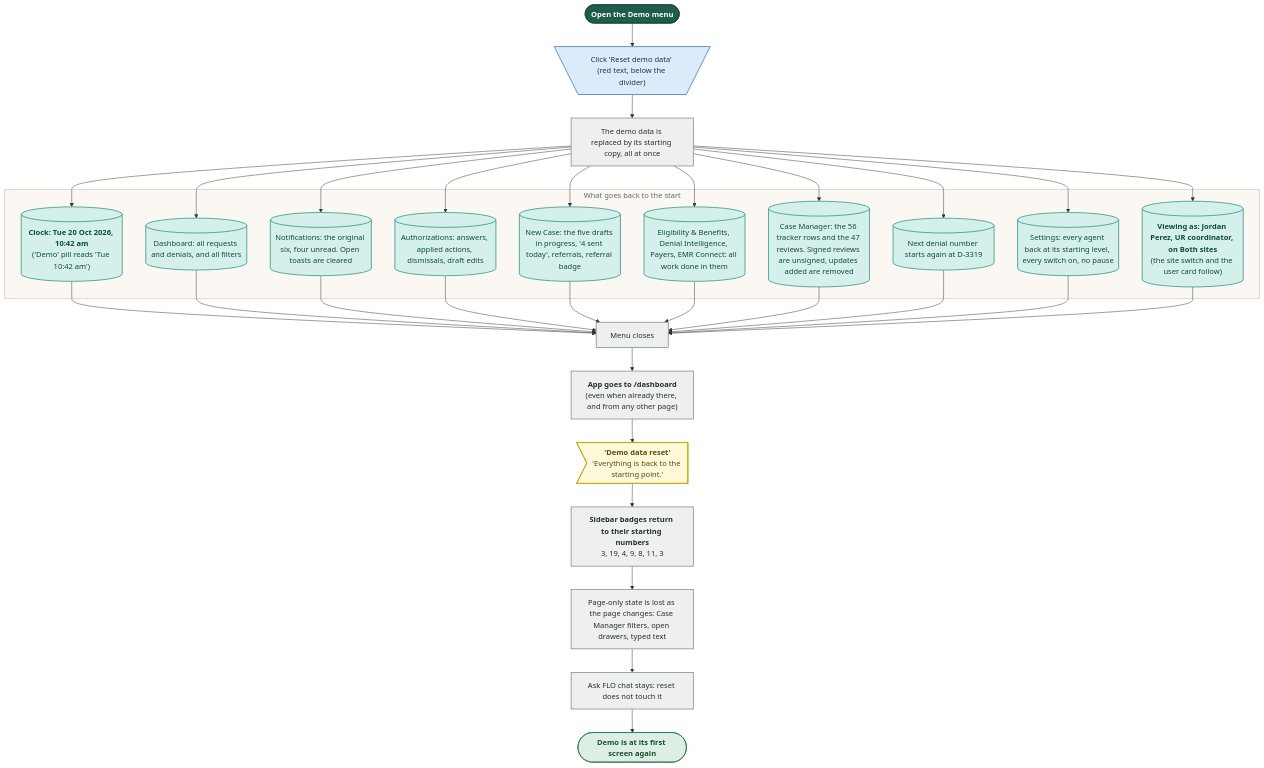
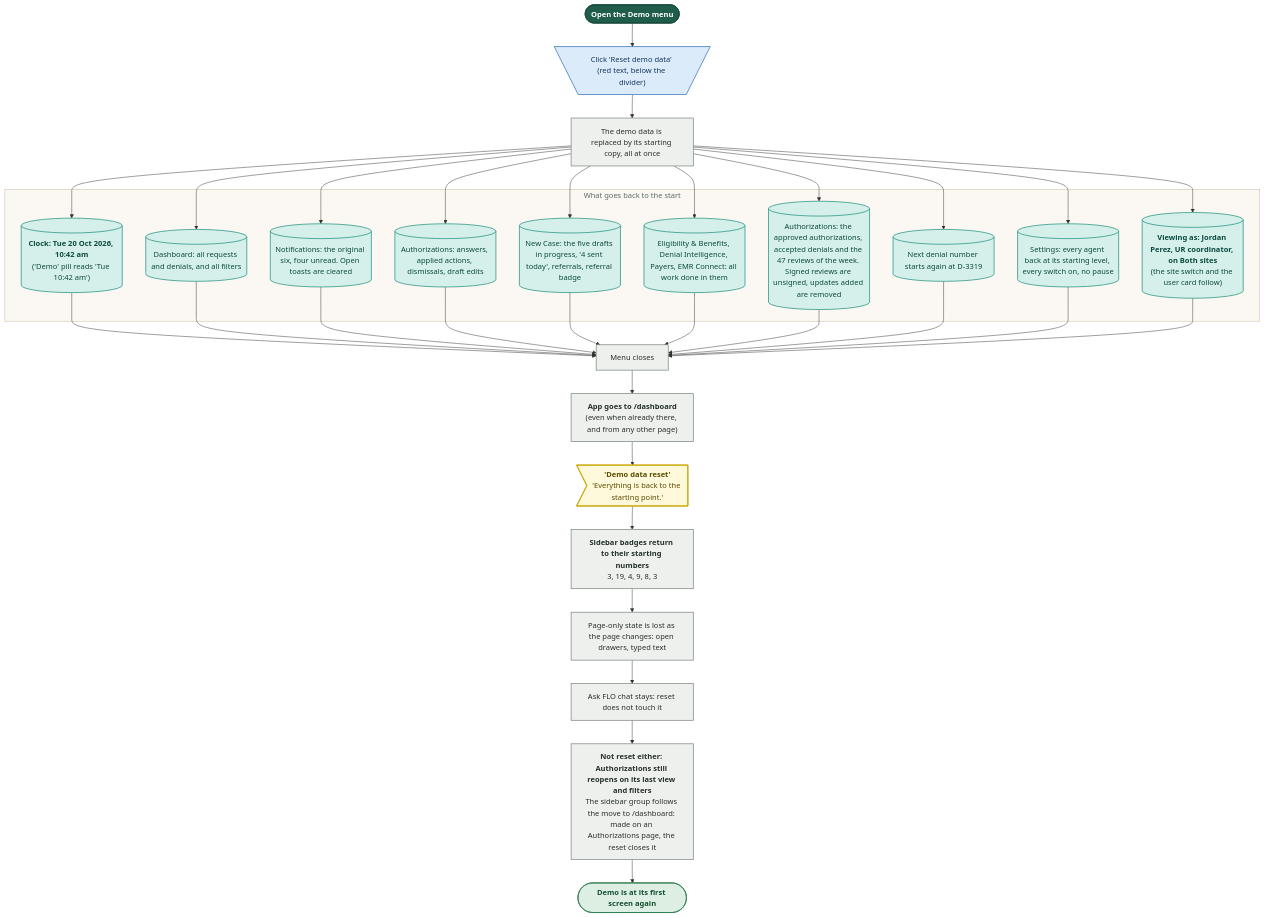
Diagram 15 of 19 in demos/prior-auth-demo/workflows/out/md/01-global-shell.md (Shrav143/psyfloapp), drawn with Mermaid before and after one commit. The commit also changed other lines of this file and 113 other files, not shown here.

First line of the commit message:
docs: workflow diagrams for the merged Authorizations (worklist, approved, reviews and tracked cases, sidebar arrow), every link retargeted, 336 diagrams

````diff
--- a/demos/prior-auth-demo/workflows/out/md/01-global-shell.md
+++ b/demos/prior-auth-demo/workflows/out/md/01-global-shell.md
@@ -1095,53 +1188,54 @@
 ```mermaid
 %%{init: {"theme":"base","themeVariables":{"fontFamily":"'DM Sans', 'Segoe UI', system-ui, sans-serif","fontSize":"15px","lineColor":"#5B6B63","primaryTextColor":"#1C2B25","clusterBkg":"#FBF8F3","clusterBorder":"#D9CDBB","edgeLabelBackground":"#FFFFFF"},"flowchart":{"curve":"basis","nodeSpacing":36,"rankSpacing":48,"padding":12,"htmlLabels":true,"useMaxWidth":false,"wrappingWidth":230}} }%%
 flowchart TD
   classDef k_start fill:#1F5C4B,stroke:#174638,color:#FFFFFF,stroke-width:1.5px,font-weight:600
   classDef k_end fill:#DDEFE3,stroke:#2E7D4F,color:#14502F,stroke-width:1.5px,font-weight:600
   classDef k_endx fill:#FBE3E0,stroke:#C0392B,color:#7A1F16,stroke-width:1.5px,font-weight:600
   classDef k_screen fill:#FFFDF8,stroke:#1F5C4B,color:#1C2B25,stroke-width:2px
   classDef k_overlay fill:#F1F7F3,stroke:#1F5C4B,color:#1C2B25,stroke-width:2px,stroke-dasharray:5 3
   classDef k_click fill:#DCEBFA,stroke:#2F6DB5,color:#12365F,stroke-width:1.5px
   classDef k_input fill:#E4E7FF,stroke:#4C5FD5,color:#1D2670,stroke-width:1.5px
   classDef k_process fill:#EEF0EE,stroke:#7A857F,color:#26302B,stroke-width:1.5px
   classDef k_agent fill:#EEE5FA,stroke:#7A4FC2,color:#341A63,stroke-width:1.5px
   classDef k_decision fill:#FFF0CC,stroke:#D9962B,color:#5C3B00,stroke-width:1.5px
   classDef k_store fill:#D5F0EA,stroke:#1C8E7B,color:#0B4A3F,stroke-width:1.5px
   classDef k_doc fill:#F6E9DC,stroke:#B07A4C,color:#4A2E14,stroke-width:1.5px
   classDef k_ext fill:#FFE6D2,stroke:#E07B39,color:#6B2F06,stroke-width:1.5px
   classDef k_wait fill:#E4E8EE,stroke:#6B7C93,color:#26303D,stroke-width:1.5px
   classDef k_toast fill:#FFF9DB,stroke:#C9A400,color:#5A4A00,stroke-width:1.5px
   classDef k_goto fill:#FFFFFF,stroke:#1F5C4B,color:#1F5C4B,stroke-width:1.5px,stroke-dasharray:5 3
   s1@{ shape: stadium, label: "Open the Demo menu" }
   c1@{ shape: trap-t, label: "Click 'Reset demo data' (red text, below the divider)" }
   p1@{ shape: rect, label: "The demo data is replaced by its starting copy, all at once" }
   subgraph gR ["What goes back to the start"]
   r1@{ shape: cyl, label: "<b>Clock: Tue 20 Oct 2026, 10:42 am</b><br/>('Demo' pill reads 'Tue 10:42 am')" }
   r2@{ shape: cyl, label: "Dashboard: all requests and denials, and all filters" }
   r3@{ shape: cyl, label: "Notifications: the original six, four unread. Open toasts are cleared" }
   r4@{ shape: cyl, label: "Authorizations: answers, applied actions, dismissals, draft edits" }
   r5@{ shape: cyl, label: "New Case: the five drafts in progress, '4 sent today', referrals, referral badge" }
   r6@{ shape: cyl, label: "Eligibility & Benefits, Denial Intelligence, Payers, EMR Connect: all work done in them" }
   r9@{ shape: cyl, label: "Settings: every agent back at its starting level, every switch on, no pause" }
   r10@{ shape: cyl, label: "<b>Viewing as: Jordan Perez, UR coordinator, on Both sites</b><br/>(the site switch and the user card follow)" }
-  r7@{ shape: cyl, label: "Case Manager: the 56 tracker rows and the 47 reviews. Signed reviews are unsigned, updates added are removed" }
+  r7@{ shape: cyl, label: "Authorizations: the approved authorizations, accepted denials and the 47 reviews of the week. Signed reviews are unsigned, updates added are removed" }
   r8@{ shape: cyl, label: "Next denial number starts again at D-3319" }
   end
   p2@{ shape: rect, label: "Menu closes" }
   p3@{ shape: rect, label: "<b>App goes to /dashboard</b><br/>(even when already there, and from any other page)" }
   t1@{ shape: odd, label: "<b>'Demo data reset'</b><br/>'Everything is back to the starting point.'" }
-  p4@{ shape: rect, label: "<b>Sidebar badges return to their starting numbers</b><br/>3, 19, 4, 9, 8, 11, 3" }
-  p5@{ shape: rect, label: "Page-only state is lost as the page changes: Case Manager filters, open drawers, typed text" }
+  p4@{ shape: rect, label: "<b>Sidebar badges return to their starting numbers</b><br/>3, 19, 4, 9, 8, 3" }
+  p5@{ shape: rect, label: "Page-only state is lost as the page changes: open drawers, typed text" }
+  p7@{ shape: rect, label: "<b>Not reset either: Authorizations still reopens on its last view and filters</b><br/>The sidebar group follows the move to /dashboard: made on an Authorizations page, the reset closes it" }
   p6@{ shape: rect, label: "Ask FLO chat stays: reset does not touch it" }
   e1@{ shape: stadium, label: "Demo is at its first screen again" }
   s1 --> c1 --> p1
   p1 --> r1 & r2 & r3 & r4 & r5 & r6 & r7 & r8 & r9 & r10
   r1 & r2 & r3 & r4 & r5 & r6 & r7 & r8 & r9 & r10 --> p2
-  p2 --> p3 --> t1 --> p4 --> p5 --> p6 --> e1
+  p2 --> p3 --> t1 --> p4 --> p5 --> p6 --> p7 --> e1
   class s1 k_start
   class c1 k_click
-  class p1,p2,p3,p4,p5,p6 k_process
+  class p1,p2,p3,p4,p5,p7,p6 k_process
   class r1,r2,r3,r4,r5,r6,r9,r10,r7,r8 k_store
   class t1 k_toast
   class e1 k_end
   style gR fill:#FBF8F3,stroke:#D9CDBB,stroke-width:1.5px,color:#5B6B63
 ```
````
